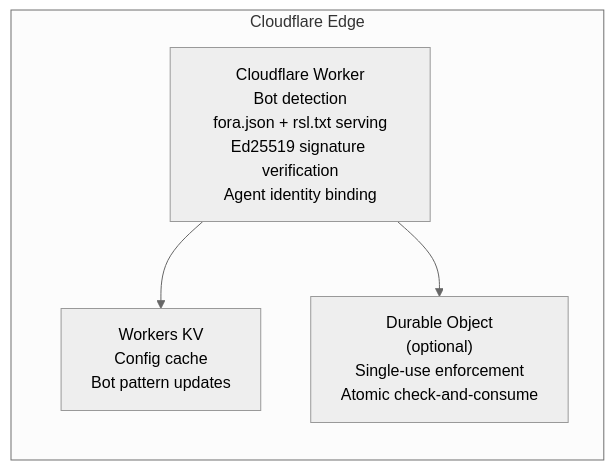
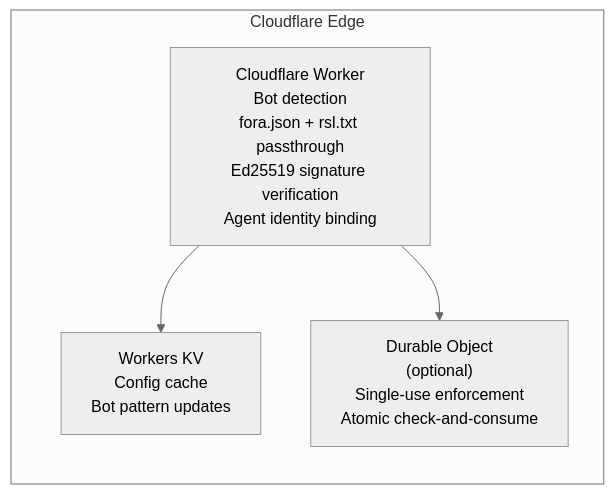
Before and after one commit to FORA-Protocol/protocol: the second of 3 diagrams in website/src/content/docs/components/edge-function/cdn-adapters.mdx, drawn with Mermaid (neutral theme). The commit also changed other lines of this file and 3 other files, not shown here.

First line of the commit message:
Say the edge passes a provider's fora.json and rsl.txt through to its origin

````diff
--- a/website/src/content/docs/components/edge-function/cdn-adapters.mdx
+++ b/website/src/content/docs/components/edge-function/cdn-adapters.mdx
@@ -235,11 +202,11 @@
 ```mermaid
 graph LR
     subgraph "Cloudflare Edge"
-        WORKER["Cloudflare Worker<br/>Bot detection<br/>fora.json + rsl.txt serving<br/>Ed25519 signature verification<br/>Agent identity binding"]
+        WORKER["Cloudflare Worker<br/>Bot detection<br/>fora.json + rsl.txt passthrough<br/>Ed25519 signature verification<br/>Agent identity binding"]
         KV["Workers KV<br/>Config cache<br/>Bot pattern updates"]
         DO["Durable Object<br/>(optional)<br/>Single-use enforcement<br/>Atomic check-and-consume"]
     end
 
     WORKER --> KV
     WORKER --> DO
 ```
````
